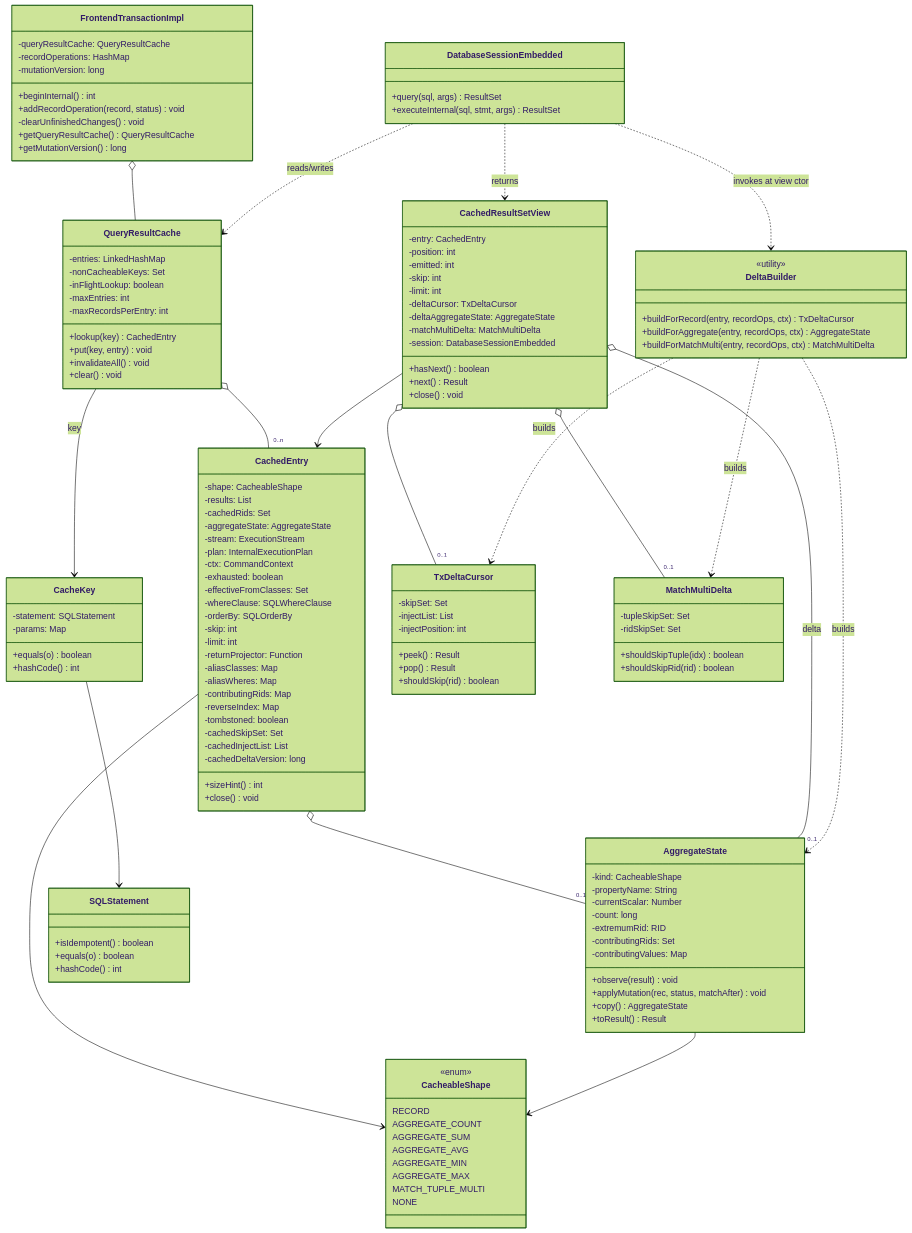
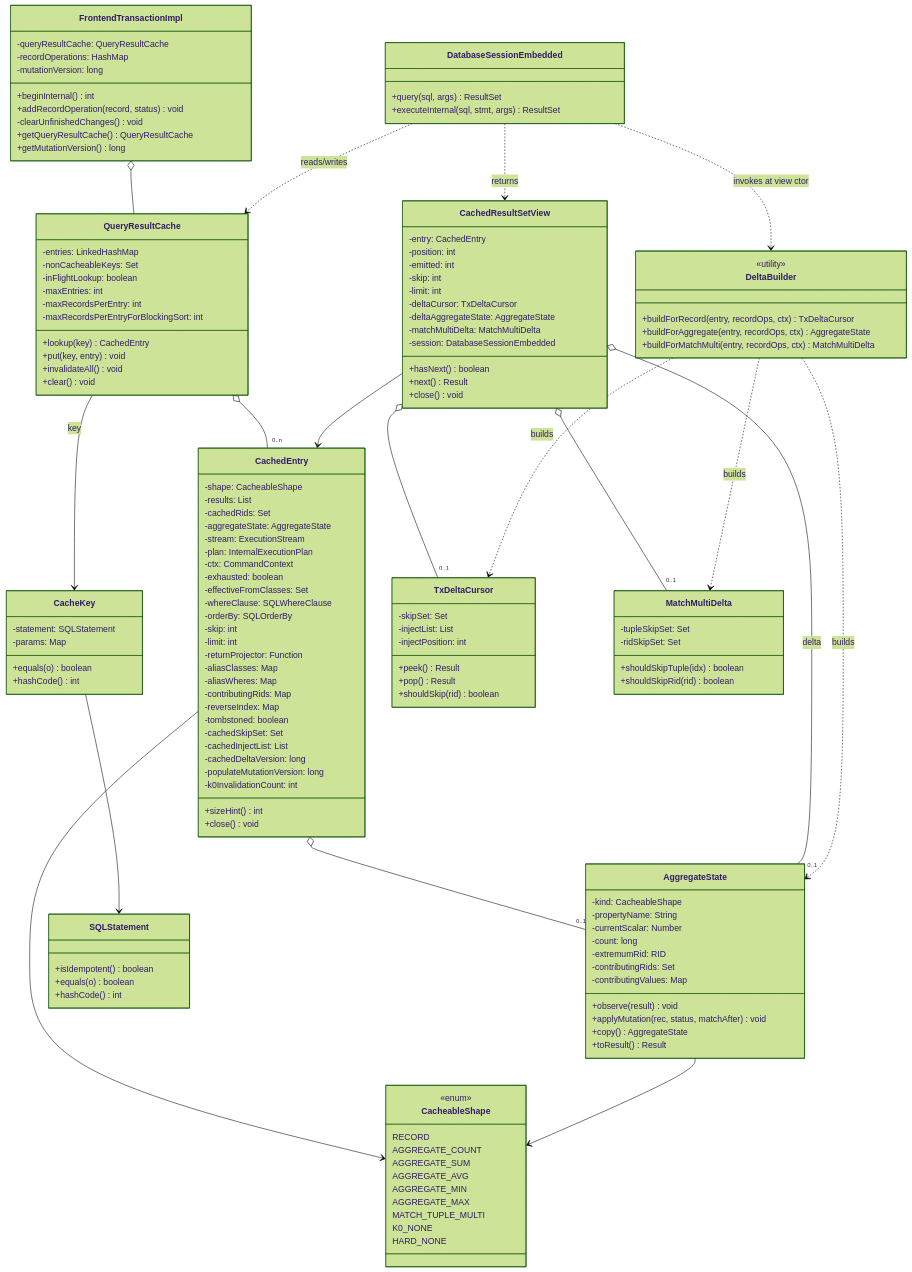
Before and after one commit to JetBrains/youtrackdb: the first of 2 diagrams in docs/adr/YTDB-820-tx-result-cache/_workflow/design.md, drawn with Mermaid (forest theme). The commit also changed other lines of this file and 5 other files, not shown here.

Commit message:
Promote D17 + D18 to v1 scope (per-plan-shape cap + K0-version-fallback)

```diff
--- a/docs/adr/YTDB-820-tx-result-cache/_workflow/design.md
+++ b/docs/adr/YTDB-820-tx-result-cache/_workflow/design.md
@@ -51,6 +51,7 @@
         -inFlightLookup: boolean
         -maxEntries: int
         -maxRecordsPerEntry: int
+        -maxRecordsPerEntryForBlockingSort: int
         +lookup(key) CachedEntry
         +put(key, entry) void
         +invalidateAll() void
@@ -85,6 +86,8 @@
         -cachedSkipSet: Set
         -cachedInjectList: List
         -cachedDeltaVersion: long
+        -populateMutationVersion: long
+        -k0InvalidationCount: int
         +sizeHint() int
         +close() void
     }
@@ -97,7 +100,8 @@
         AGGREGATE_MIN
         AGGREGATE_MAX
         MATCH_TUPLE_MULTI
-        NONE
+        K0_NONE
+        HARD_NONE
     }
     class AggregateState {
         -kind: CacheableShape
```
